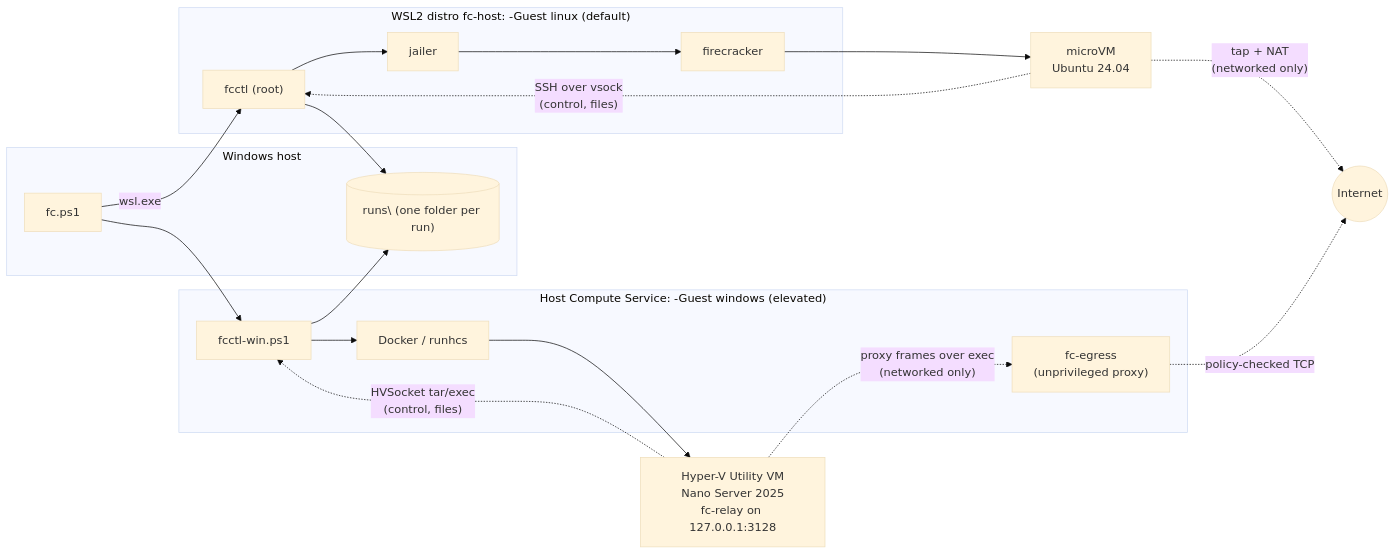
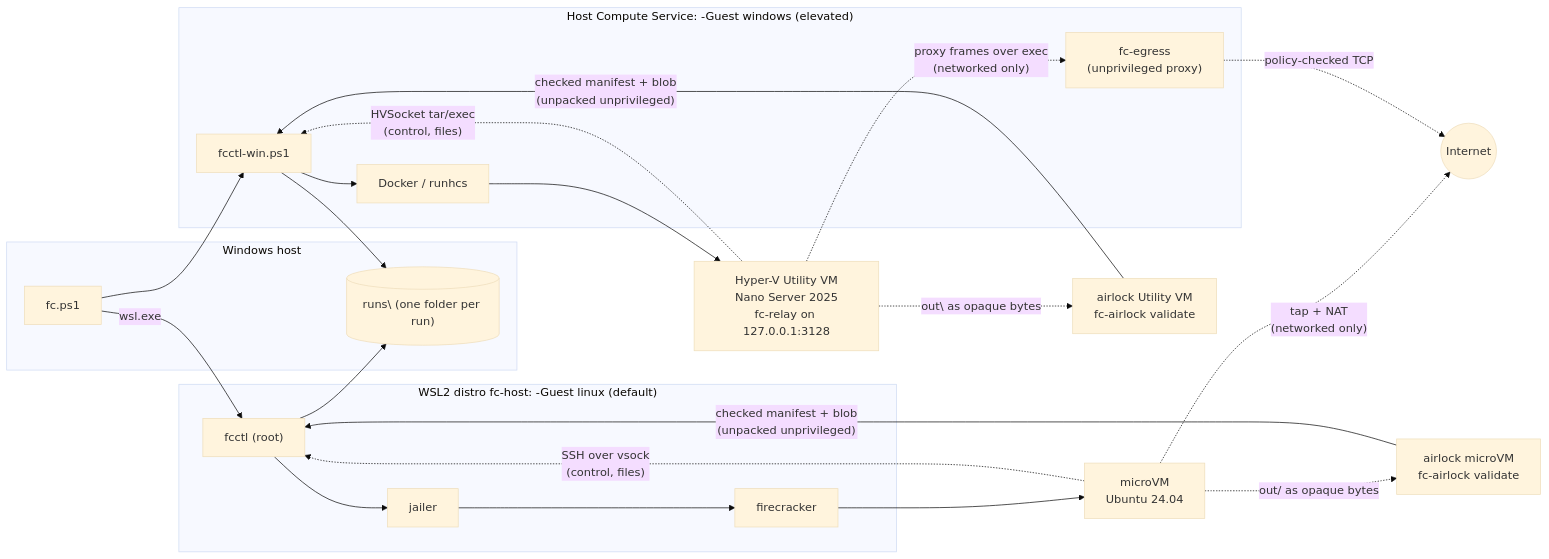
The first of 2 diagrams in README.md (malaker/Firecracker), drawn with Mermaid (base theme) before and after one commit. The commit also changed other lines of this file and 30 other files, not shown here.

````diff
--- a/README.md
+++ b/README.md
@@ -5,28 +5,32 @@
 ```mermaid
 flowchart LR
     subgraph win["Windows host"]
         fc["fc.ps1"]
         runs[("runs\ (one folder per run)")]
     end
 
     subgraph wsl["WSL2 distro fc-host: -Guest linux (default)"]
         fcctl["fcctl (root)"] --> jailer --> firecracker
     end
     firecracker --> lvm["microVM<br/>Ubuntu 24.04"]
 
     subgraph hcs["Host Compute Service: -Guest windows (elevated)"]
         fcwin["fcctl-win.ps1"] --> docker["Docker / runhcs"]
         egress["fc-egress<br/>(unprivileged proxy)"]
     end
     docker --> wvm["Hyper-V Utility VM<br/>Nano Server 2025<br/>fc-relay on 127.0.0.1:3128"]
 
     fc -- "wsl.exe" --> fcctl
     fc --> fcwin
     lvm -. "SSH over vsock<br/>(control, files)" .-> fcctl
     wvm -. "HVSocket tar/exec<br/>(control, files)" .-> fcwin
     lvm -. "tap + NAT<br/>(networked only)" .-> internet(("Internet"))
     wvm -. "proxy frames over exec<br/>(networked only)" .-> egress
     egress -. "policy-checked TCP" .-> internet
+    lvm -. "out/ as opaque bytes" .-> lair["airlock microVM<br/>fc-airlock validate"]
+    wvm -. "out\ as opaque bytes" .-> wair["airlock Utility VM<br/>fc-airlock validate"]
+    lair -- "checked manifest + blob<br/>(unpacked unprivileged)" --> fcctl
+    wair -- "checked manifest + blob<br/>(unpacked unprivileged)" --> fcwin
     fcctl --> runs
     fcwin --> runs
 ```
````
